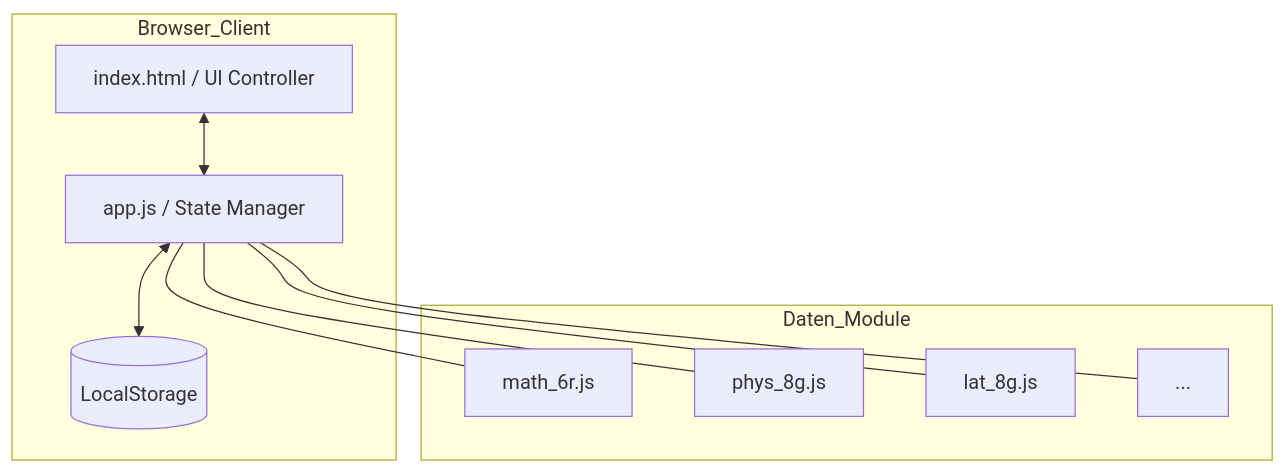
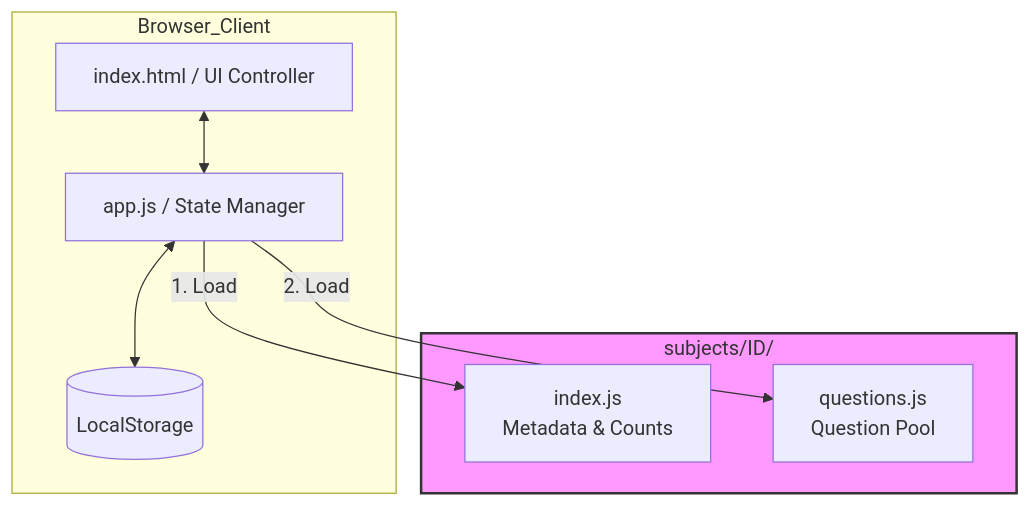
The first of 3 diagrams in documentation.md (Flux78/LernApp), drawn with Mermaid before and after one commit. The commit also changed other lines of this file and 108 other files, not shown here.

````diff
--- a/documentation.md
+++ b/documentation.md
@@ -23,22 +32,21 @@
 ```mermaid
 graph TD
     subgraph Browser_Client
         UI[index.html / UI Controller]
         Logic[app.js / State Manager]
         Storage[(LocalStorage)]
     end
 
-    subgraph Daten_Module
-        Math[math_6r.js]
-        Phys[phys_8g.js]
-        Lat[lat_8g.js]
-        More[...]
+    subgraph Fach_Module [subjects/ID/]
+        Index[index.js <br/>Metadata & Counts]
+        Questions[questions.js <br/>Question Pool]
     end
 
     UI <--> Logic
     Logic <--> Storage
-    Logic --- Math
-    Logic --- Phys
-    Logic --- Lat
-    Logic --- More
+    
+    Logic -- 1. Load --> Index
+    Logic -- 2. Load --> Questions
+
+    style Fach_Module fill:#f9f,stroke:#333,stroke-width:2px
 ```
````
